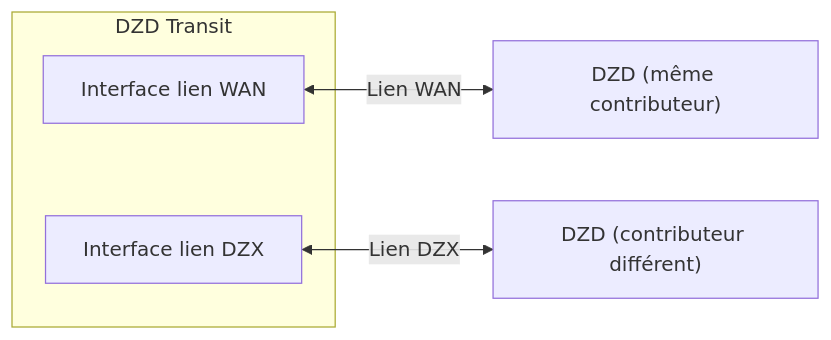
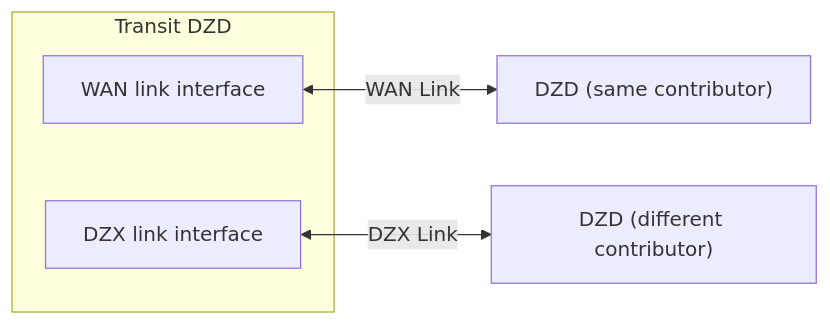
Before and after one commit to malbeclabs/docs: the sixth of 10 diagrams in docs/contribute-provisioning.fr.md, drawn with Mermaid. The commit also changed other lines of this file and 27 other files, not shown here.

````diff
--- a/docs/contribute-provisioning.fr.md
+++ b/docs/contribute-provisioning.fr.md
@@ -335,9 +301,9 @@
 ```mermaid
 flowchart LR
-    subgraph TDZD[DZD Transit]
-        T_WAN["Interface lien WAN"]
-        T_DZX["Interface lien DZX"]
+    subgraph TDZD[Transit DZD]
+        T_WAN["WAN link interface"]
+        T_DZX["DZX link interface"]
     end
-    T_WAN <-->|Lien WAN| T2["DZD (même contributeur)"]
-    T_DZX <-->|Lien DZX| TD["DZD (contributeur différent)"]
+    T_WAN <-->|WAN Link| T2["DZD (same contributor)"]
+    T_DZX <-->|DZX Link| TD["DZD (different contributor)"]
 ```
````
